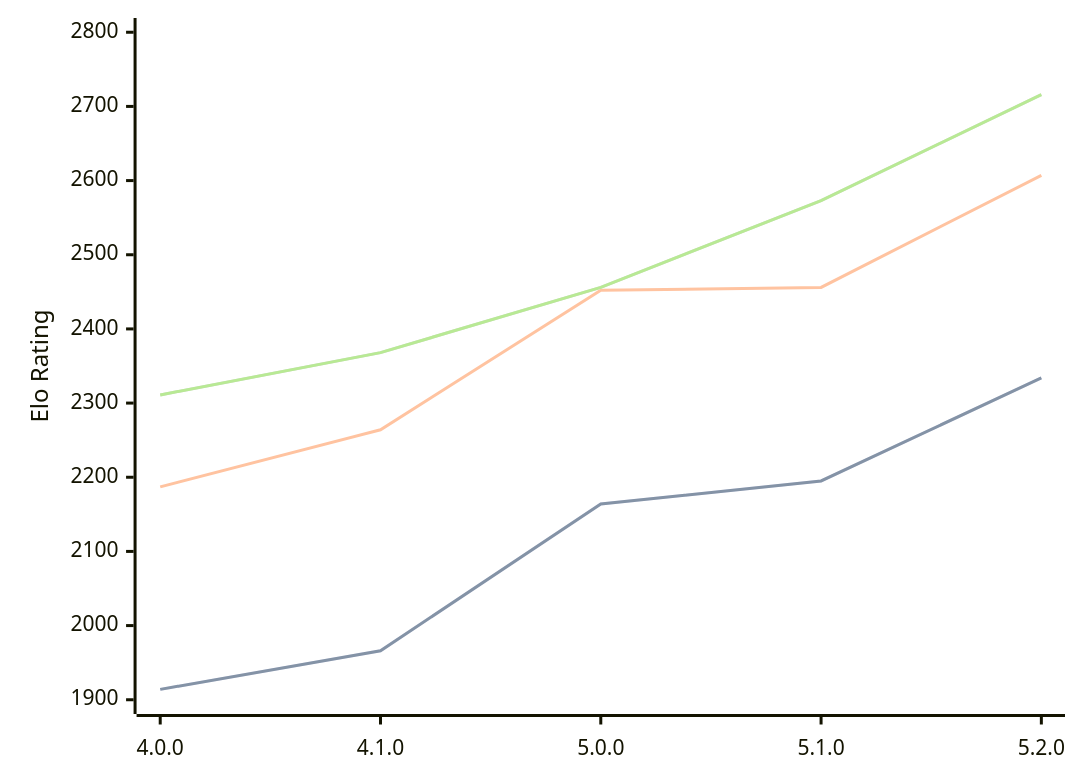
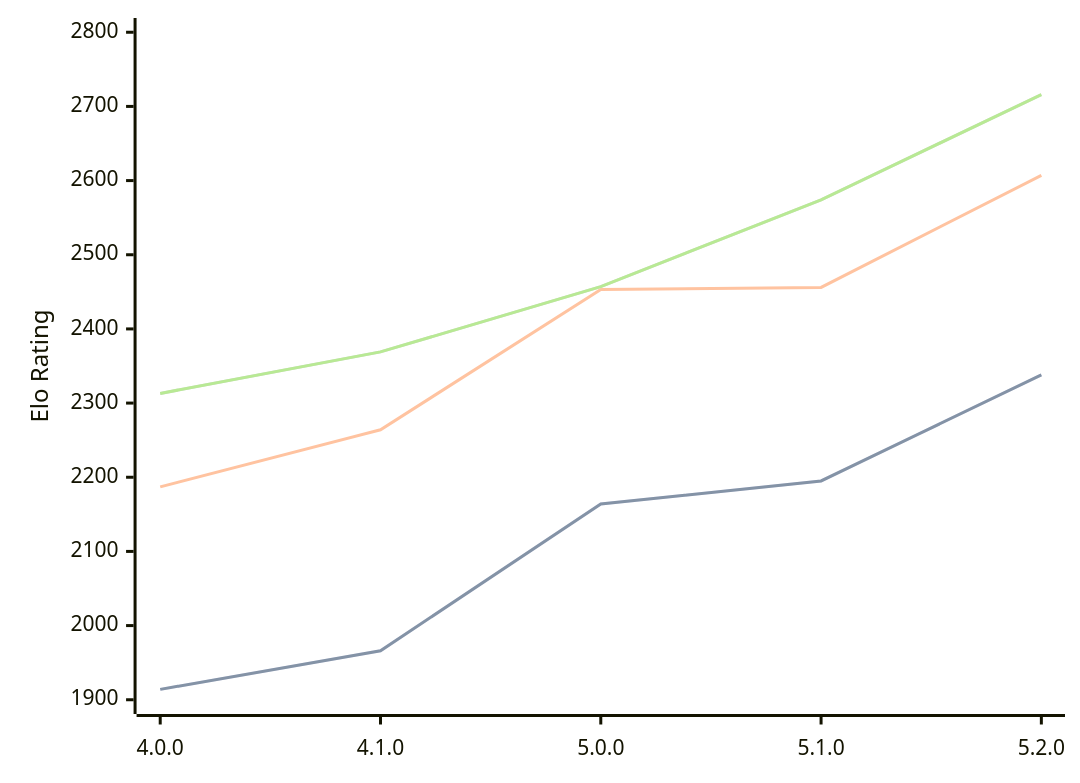
One commit to computer-chess-index/cci changed the diagram in engines/Aconcagua.md. Above: the diagram before and after it, drawn with Mermaid. The commit also changed other lines of this file, not shown here.

Commit message:
Update CCI Ratings (ELO VLTC) - 2026-10-08

````diff
--- a/engines/Aconcagua.md
+++ b/engines/Aconcagua.md
@@ -35,11 +35,11 @@
 ```mermaid
 %%{init: {"theme":"base","themeVariables":{"seriesColors:['#a3a3a3','#222221','#faa371']}}}%%
 xychart-beta
   x-axis ["4.0.0", "4.1.0", "5.0.0", "5.1.0", "5.2.0"]
   y-axis "Elo Rating" 1900 --> 2800
-  line "" [1914, 1966, 2164, 2195, 2334]
-  line "STC (8.0+0.08s)" [1914, 1966, 2164, 2195, 2334]
-  line "LTC (60.0+0.60s)" [2187, 2264, 2452, 2456, 2607]
-  line "" [2311, 2368, 2456, 2573, 2716]
-  line "VLTC (2m24s+1.12s)" [2311, 2368, 2456, 2573, 2716]
+  line "" [1914, 1966, 2164, 2195, 2338]
+  line "STC (8.0+0.08s)" [1914, 1966, 2164, 2195, 2338]
+  line "LTC (60.0+0.60s)" [2187, 2264, 2453, 2456, 2607]
+  line "" [2313, 2369, 2457, 2574, 2716]
+  line "VLTC (2m24s+1.12s)" [2313, 2369, 2457, 2574, 2716]
 ```
````
